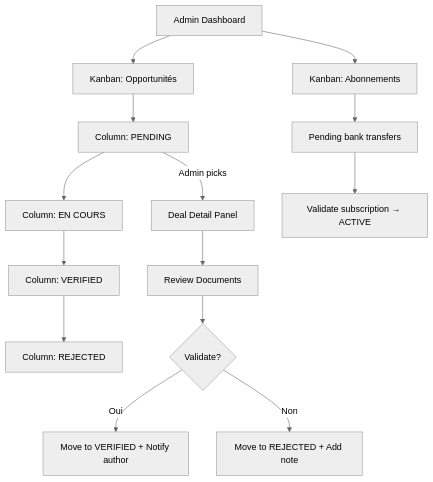
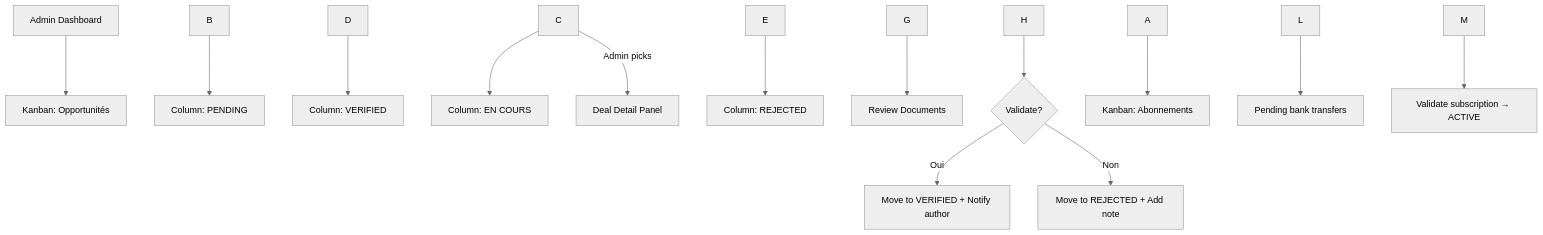
Before and after one commit to AlphaPerseii3000/ivoire-business-club-next: the third of 4 diagrams in _bmad-output/planning-artifacts/ux-spec.md, drawn with Mermaid (neutral theme). The commit also changed other lines of this file and 2 other files, not shown here.

First line of the commit message:
chore(bmad): Story 2.1 CR complete — status done, review findings recorded

````diff
--- a/_bmad-output/planning-artifacts/ux-spec.md
+++ b/_bmad-output/planning-artifacts/ux-spec.md
@@ -492,16 +513,16 @@
 ```mermaid
 flowchart TD
-    A[Admin Dashboard] --> B[Kanban: Opportunités]
-    B --> C[Column: PENDING]
-    C --> D[Column: EN COURS]
-    D --> E[Column: VERIFIED]
-    E --> F[Column: REJECTED]
-    C -->|Admin picks| G[Deal Detail Panel]
-    G --> H[Review Documents]
+    A\\\[Admin Dashboard] --> B\\\[Kanban: Opportunités]
+    B --> C\\\[Column: PENDING]
+    C --> D\\\[Column: EN COURS]
+    D --> E\\\[Column: VERIFIED]
+    E --> F\\\[Column: REJECTED]
+    C -->|Admin picks| G\\\[Deal Detail Panel]
+    G --> H\\\[Review Documents]
     H --> I{Validate?}
-    I -->|Oui| J[Move to VERIFIED + Notify author]
-    I -->|Non| K[Move to REJECTED + Add note]
-    A --> L[Kanban: Abonnements]
-    L --> M[Pending bank transfers]
-    M --> N[Validate subscription → ACTIVE]
+    I -->|Oui| J\\\[Move to VERIFIED + Notify author]
+    I -->|Non| K\\\[Move to REJECTED + Add note]
+    A --> L\\\[Kanban: Abonnements]
+    L --> M\\\[Pending bank transfers]
+    M --> N\\\[Validate subscription → ACTIVE]
 ```
````
